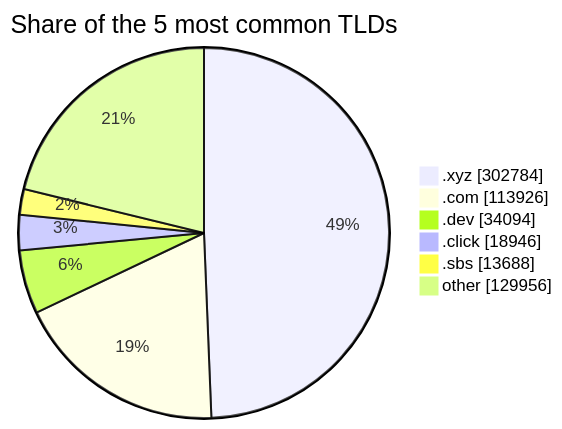
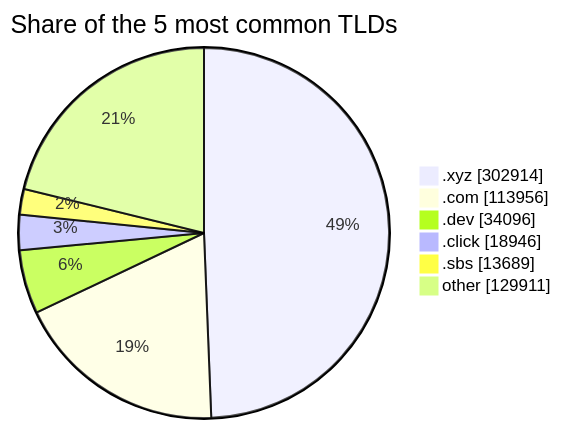
One commit to DNSBunker/CTI changed the third of 3 diagrams in README.md. Above: the diagram before and after it, drawn with Mermaid. The commit also changed other lines of this file and 3 other files, not shown here.

````diff
--- a/README.md
+++ b/README.md
@@ -81,9 +81,9 @@
 ```mermaid
 pie showData title Share of the 5 most common TLDs
-    ".xyz" : 302784
-    ".com" : 113926
-    ".dev" : 34094
+    ".xyz" : 302914
+    ".com" : 113956
+    ".dev" : 34096
     ".click" : 18946
-    ".sbs" : 13688
-    "other" : 129956
+    ".sbs" : 13689
+    "other" : 129911
 ```
````
